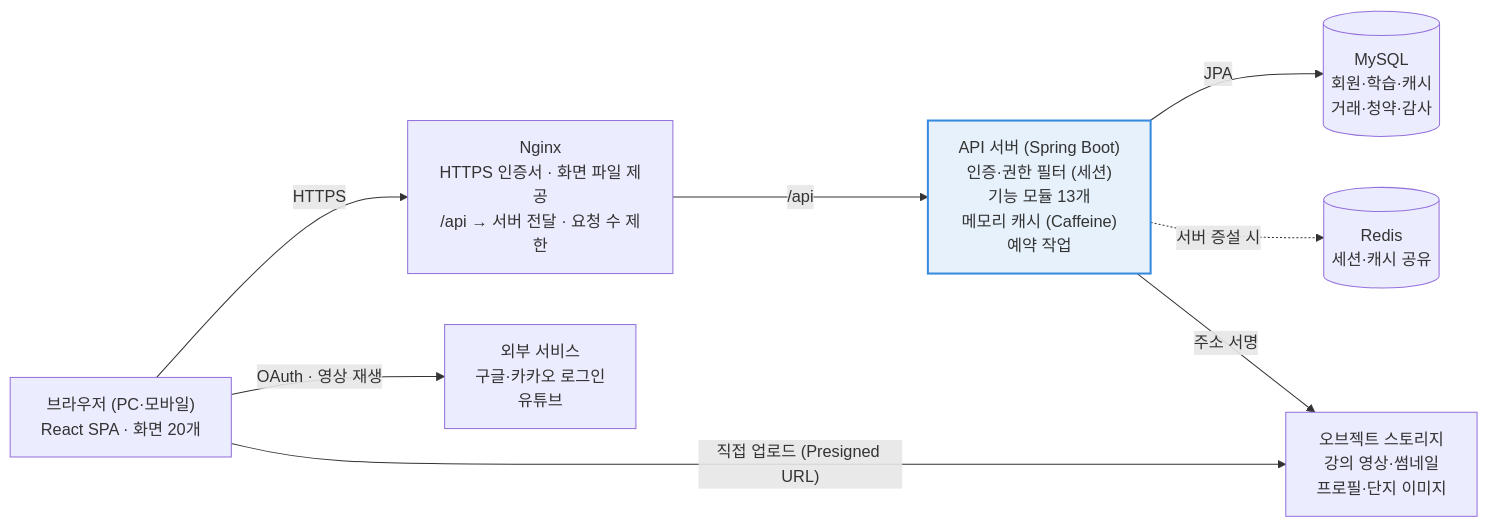
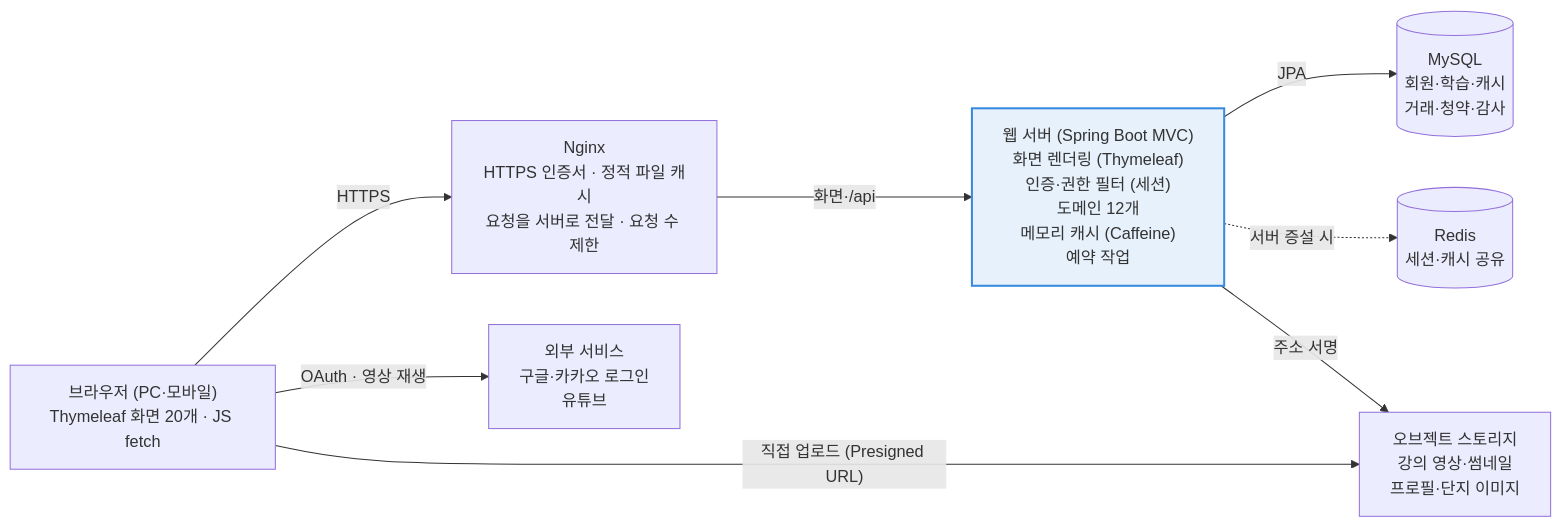
Before and after one commit to bukkeu/MY-HOME: the first of 2 diagrams in 기능/MoneyBeetle_시스템설계.md, drawn with Mermaid. The commit also changed other lines of this file and 4 other files, not shown here.

Commit message:
문서: 화면을 Thymeleaf 서버 렌더링 기준으로 수정, 코딩컨벤션 추가, Git규칙 승인 인원 정정

````diff
--- a/기능/MoneyBeetle_시스템설계.md
+++ b/기능/MoneyBeetle_시스템설계.md
@@ -39,11 +39,11 @@
 ```mermaid
 flowchart LR
-    B["브라우저 (PC·모바일)<br/>React SPA · 화면 20개"] -- HTTPS --> N["Nginx<br/>HTTPS 인증서 · 화면 파일 제공<br/>/api → 서버 전달 · 요청 수 제한"]
-    N -- /api --> A["API 서버 (Spring Boot)<br/>인증·권한 필터 (세션)<br/>기능 모듈 13개<br/>메모리 캐시 (Caffeine)<br/>예약 작업"]
+    B["브라우저 (PC·모바일)<br/>Thymeleaf 화면 20개 · JS fetch"] -- HTTPS --> N["Nginx<br/>HTTPS 인증서 · 정적 파일 캐시<br/>요청을 서버로 전달 · 요청 수 제한"]
+    N -- 화면·/api --> A["웹 서버 (Spring Boot MVC)<br/>화면 렌더링 (Thymeleaf)<br/>인증·권한 필터 (세션)<br/>도메인 12개<br/>메모리 캐시 (Caffeine)<br/>예약 작업"]
     A -- JPA --> D[("MySQL<br/>회원·학습·캐시<br/>거래·청약·감사")]
     A -. 서버 증설 시 .-> R[("Redis<br/>세션·캐시 공유")]
     A -- 주소 서명 --> S["오브젝트 스토리지<br/>강의 영상·썸네일<br/>프로필·단지 이미지"]
     B -- "직접 업로드 (Presigned URL)" --> S
     B -- OAuth · 영상 재생 --> E["외부 서비스<br/>구글·카카오 로그인<br/>유튜브"]
     style A fill:#E6F1FB,stroke:#378ADD,stroke-width:2px
 ```
````
